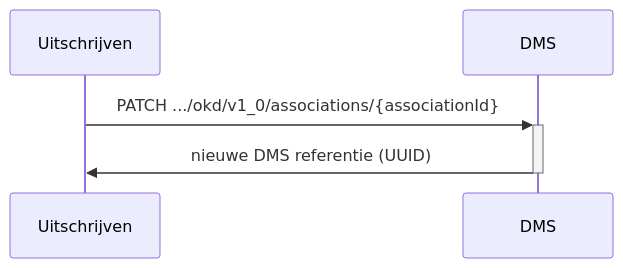
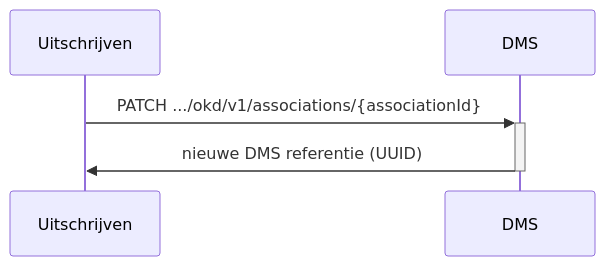
The first of 2 diagrams in doc/flow-5.md (Onderwijs-Koppelingen-OKx/OKD-Document-Management), drawn with Mermaid before and after one commit. The commit also changed other lines of this file, not shown here.

Commit message:
Rename v1_0 to v1 for flow-5

````diff
--- a/doc/flow-5.md
+++ b/doc/flow-5.md
@@ -9,10 +9,10 @@
 ```mermaid
 sequenceDiagram
     Participant Uitschrijven
     Participant DMS
 
-    Uitschrijven->>+DMS: PATCH .../okd/v1_0/associations/{associationId}
+    Uitschrijven->>+DMS: PATCH .../okd/v1/associations/{associationId}
 
     DMS->>-Uitschrijven: nieuwe DMS referentie (UUID)
 
 ```
````
